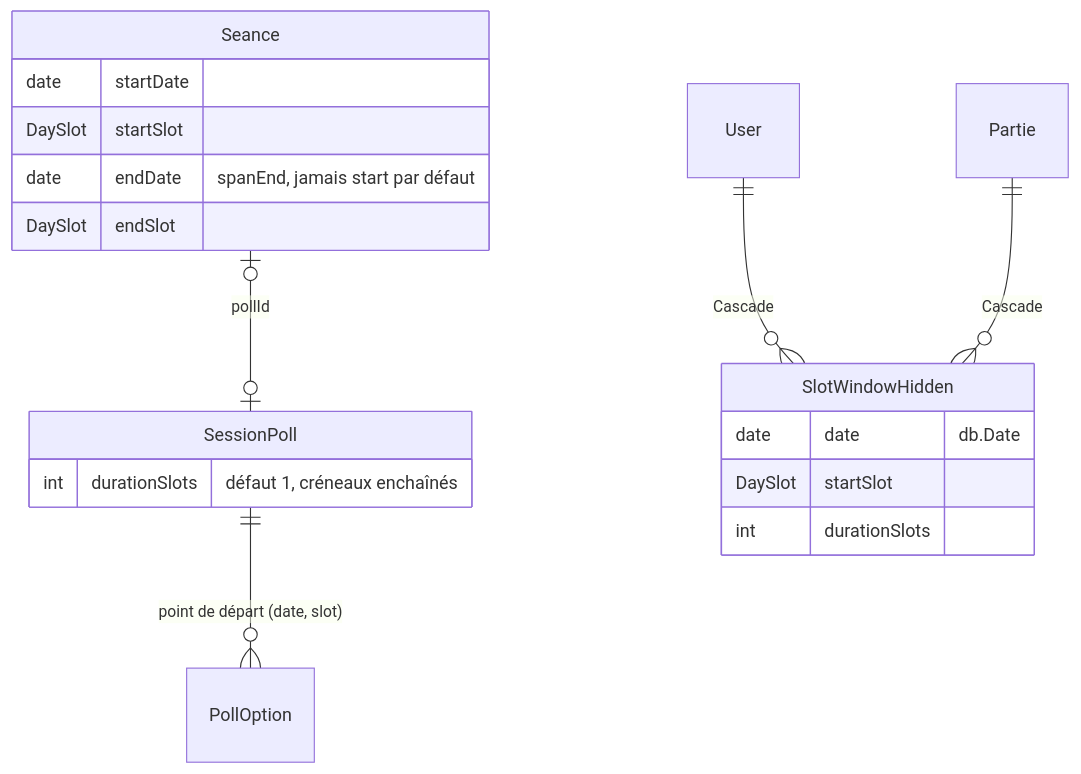
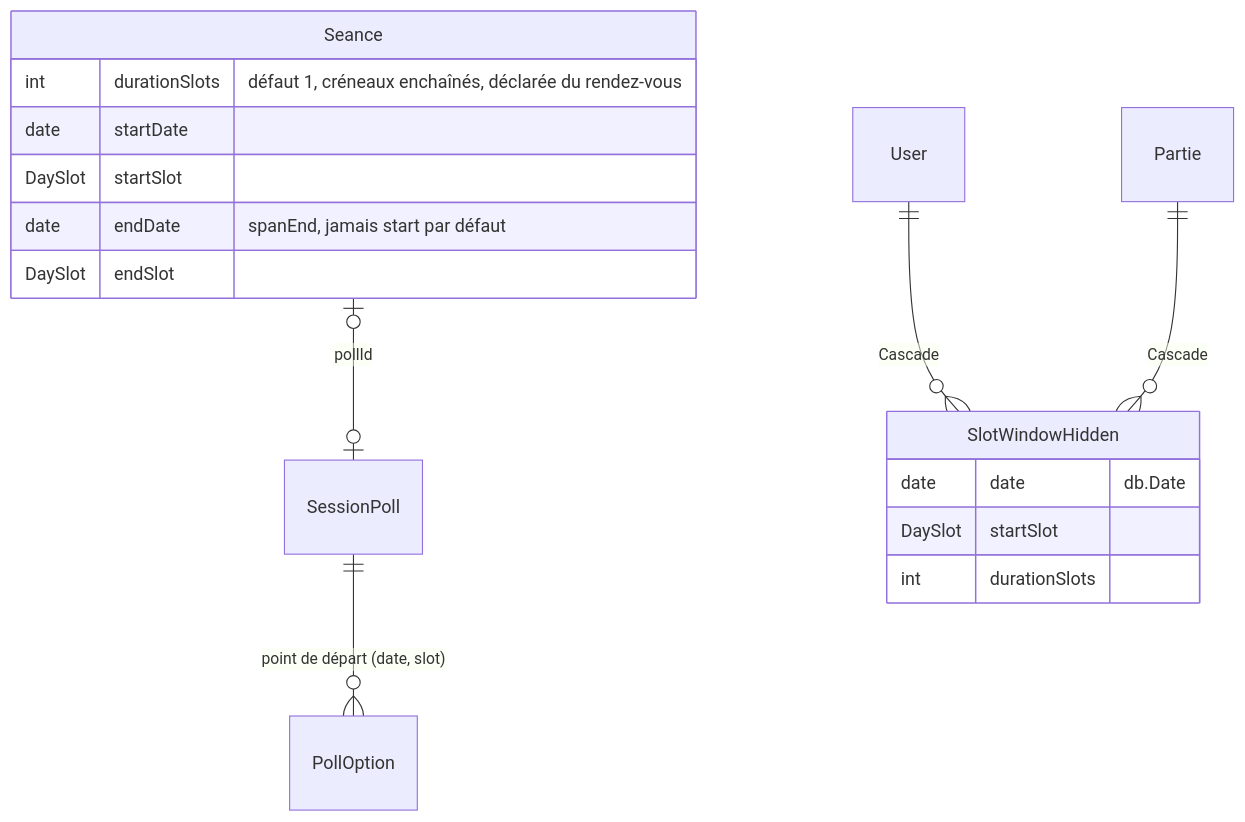
Before and after one commit to inconnu259/jdr-master: the third of 3 diagrams in _bmad-output/planning-artifacts/architecture/architecture-jdr-master-2026-10-20-p10-4/ARCHITECTURE-SPINE.md, drawn with Mermaid. The commit also changed other lines of this file and 9 other files, not shown here.

First line of the commit message:
docs: PRD 10.4 mis à jour après l'architecture (échéance, plages longues)

````diff
--- a/_bmad-output/planning-artifacts/architecture/architecture-jdr-master-2026-10-20-p10-4/ARCHITECTURE-SPINE.md
+++ b/_bmad-output/planning-artifacts/architecture/architecture-jdr-master-2026-10-20-p10-4/ARCHITECTURE-SPINE.md
@@ -244,21 +244,19 @@
 ```mermaid
 erDiagram
   SessionPoll ||--o{ PollOption : "point de départ (date, slot)"
-  SessionPoll {
-    int durationSlots "défaut 1, créneaux enchaînés"
-  }
   Seance |o--o| SessionPoll : "pollId"
   Seance {
+    int durationSlots "défaut 1, créneaux enchaînés, déclarée du rendez-vous"
     date startDate
     DaySlot startSlot
     date endDate "spanEnd, jamais start par défaut"
     DaySlot endSlot
   }
   User ||--o{ SlotWindowHidden : "Cascade"
   Partie ||--o{ SlotWindowHidden : "Cascade"
   SlotWindowHidden {
     date date "db.Date"
     DaySlot startSlot
     int durationSlots
   }
 ```
````
